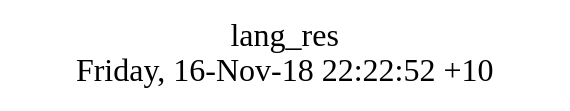
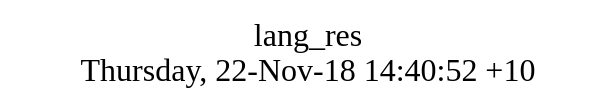
The diagram in src/lang_res/struct.dot (AplaProject/apps), drawn with Graphviz before and after one commit. The commit also changed 15 other files, not shown here.

```diff
--- a/src/lang_res/struct.dot
+++ b/src/lang_res/struct.dot
@@ -1,8 +1,8 @@
 digraph G {
 fontsize="24";
-label="lang_res\nFriday, 16-Nov-18 22:22:52 +10";
+label="lang_res\nThursday, 22-Nov-18 14:40:52 +10";
 nojustify=true;
 ordering=out;
 rankdir=LR;
 size="30";
 }
```
